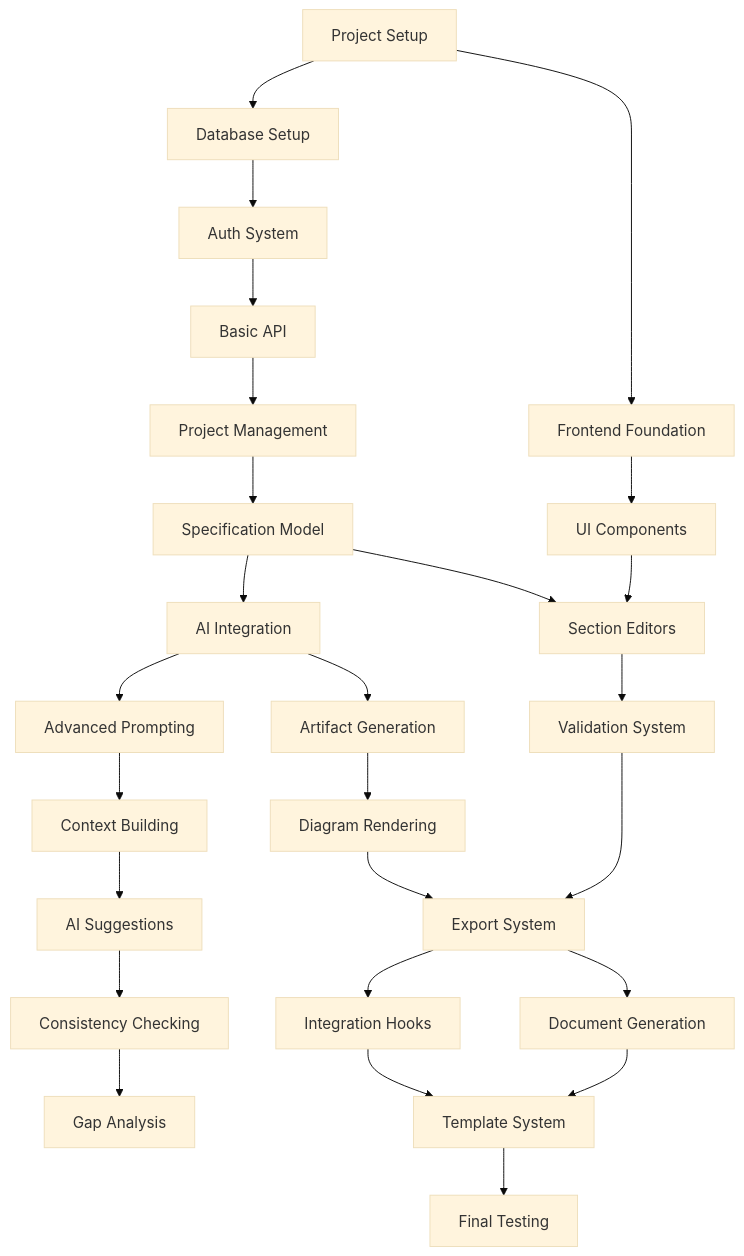
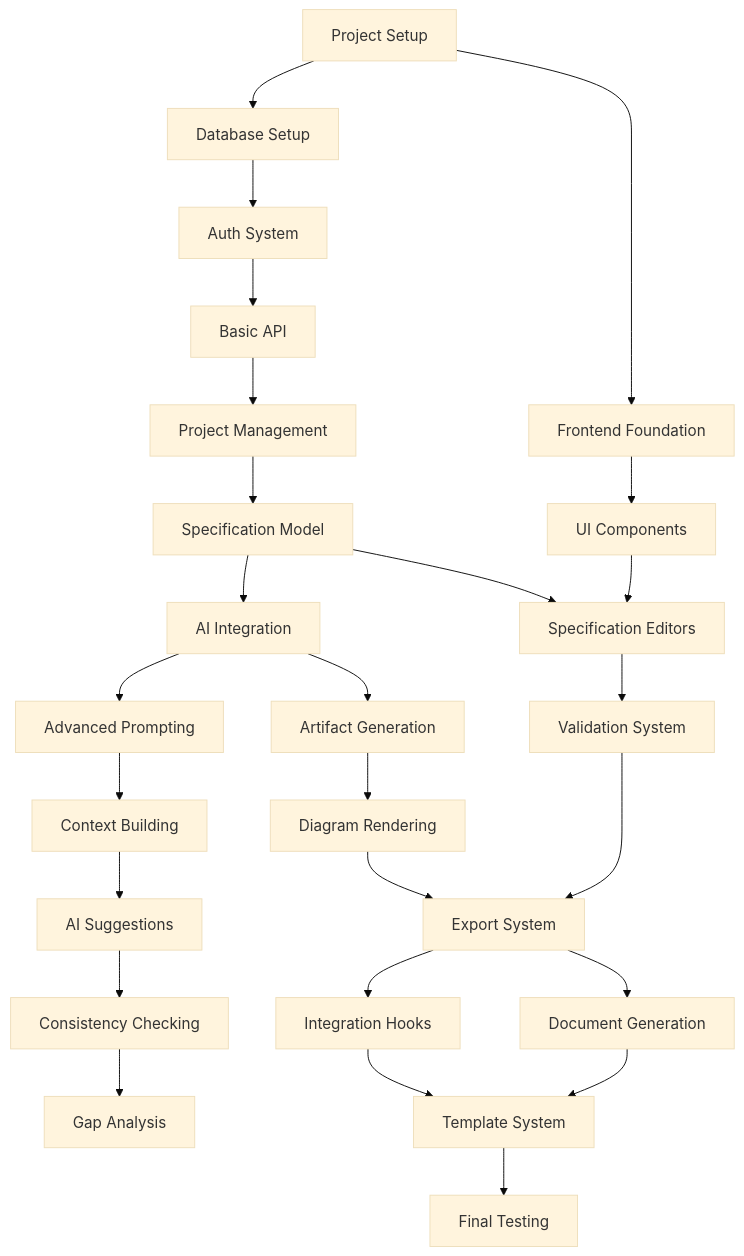
One commit to TheDarkSkyXD/arch-spec-site changed the seventh of 9 diagrams in archspec-docs/full-specs/archspec-implementation-docs.md. Above: the diagram before and after it, drawn with Mermaid (base theme). The commit also changed other lines of this file and 35 other files, not shown here.

````diff
--- a/archspec-docs/full-specs/archspec-implementation-docs.md
+++ b/archspec-docs/full-specs/archspec-implementation-docs.md
@@ -1644,28 +1652,28 @@
 ```mermaid
 graph TD
     A[Project Setup] --> B[Database Setup]
     A --> C[Frontend Foundation]
     B --> D[Auth System]
     D --> E[Basic API]
     E --> F[Project Management]
     F --> G[Specification Model]
     C --> H[UI Components]
-    H --> I[Section Editors]
+    H --> I[Specification Editors]
     G --> I
     I --> J[Validation System]
     G --> K[AI Integration]
     K --> L[Artifact Generation]
     K --> M[Advanced Prompting]
     L --> N[Diagram Rendering]
     M --> O[Context Building]
     O --> P[AI Suggestions]
     P --> Q[Consistency Checking]
     Q --> R[Gap Analysis]
     J --> S[Export System]
     N --> S
     S --> T[Document Generation]
     S --> U[Integration Hooks]
     T --> V[Template System]
     U --> V
     V --> W[Final Testing]
 ```
````
